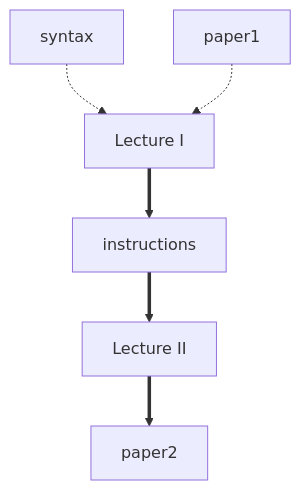
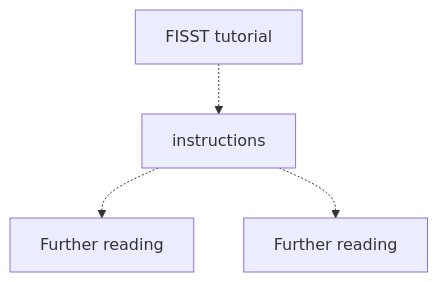
One commit to hockyg/plumed-tutorial-force2 changed the diagram in NAVIGATION.md. Above: the diagram before and after it, drawn with Mermaid.

Commit message:
Update NAVIGATION.md
Revised navigation

````diff
--- a/NAVIGATION.md
+++ b/NAVIGATION.md
@@ -14,14 +14,10 @@
 ```mermaid
 flowchart TB;
-  A[syntax] -.-> C[Lecture I];
-  B[paper1] -.-> C;
-  C ==> D[instructions];
-  D ==> E[Lecture II];
-  E ==> F[paper2];
-  click A "ref1" "A previous tutorial that introduces the basics of PLUMED syntax";
-  click B "paper1" "A paper describing the FISST method that is used in this tutorial";
-  click C "paper2" "A follow up paper combining FISST with replica exchange";
-  click D "video1" "A lecture that was given on October 17th 2022 as part of the plumed masterclass series that introduces you to the exercises in this lesson";
-  click E "video2" "A lecture that was given on October 24th 2022 as part of the plumed masterclass series that gives background on modelling mechanobiological processes, and then goes through the solutions to the exercises in the previous lesson";
-  click F "INSTRUCTIONS.md" "Instructions for the exercises that you are supposed to complete";
+  A[FISST tutorial] -.-> B[instructions];
+  B -.-> C[Further reading];
+  B -.-> D[Further reading];
+  click A "ref1" "A previous tutorial that introduces the concepts of mechanical pulling in PLUMED and the FISST module";
+  click B "INSTRUCTIONS.md" "Instructions for the exercises that you are supposed to complete";
+  click C "paper1" "A paper describing the FISST method that is used in this tutorial";
+  click D "paper2" "A follow up paper combining FISST with replica exchange";
 ```
````
